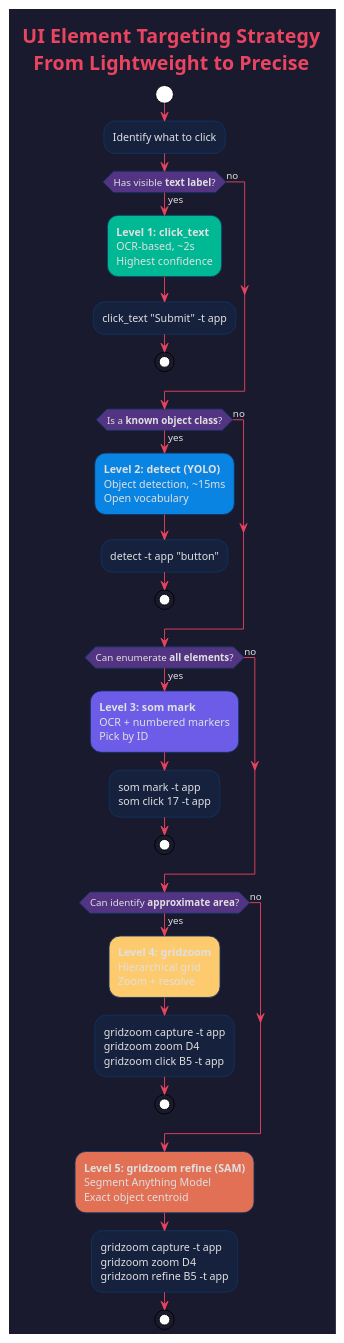
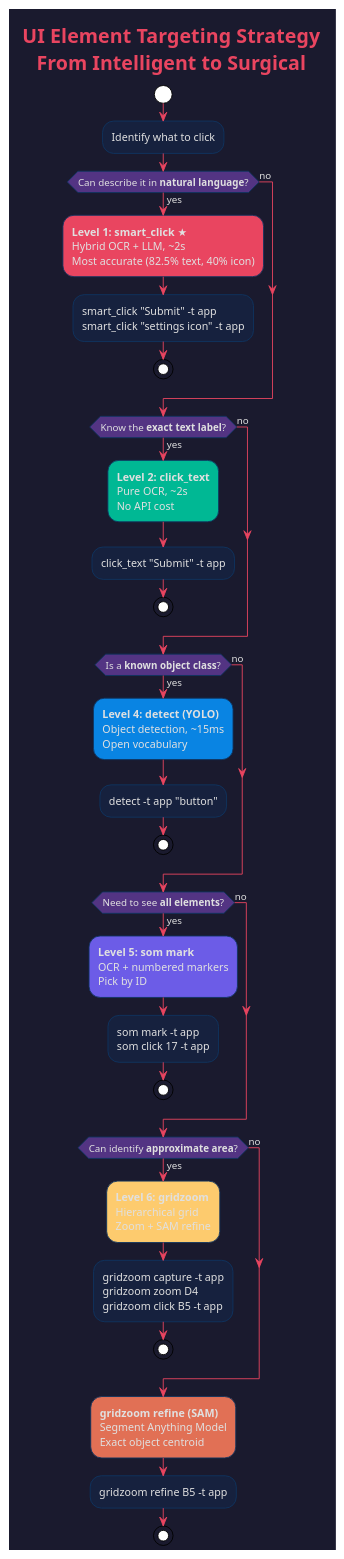
The diagram in docs/diagrams/strategy.puml (gradusnikov/wsl-ui-automation), drawn with PlantUML before and after one commit. The commit also changed 3 other files, not shown here.

First line of the commit message:
Update architecture and strategy diagrams for smart_click

```diff
--- a/docs/diagrams/strategy.puml
+++ b/docs/diagrams/strategy.puml
@@ -1,65 +1,73 @@
 @startuml strategy
 !theme plain
 skinparam backgroundColor #1a1a2e
 skinparam defaultFontColor #e0e0e0
 skinparam activityBackgroundColor #16213e
 skinparam activityBorderColor #0f3460
 skinparam activityDiamondBackgroundColor #533483
 skinparam activityDiamondBorderColor #0f3460
 skinparam arrowColor #e94560
 skinparam titleFontColor #e94560
 
-title UI Element Targeting Strategy\nFrom Lightweight to Precise
+title UI Element Targeting Strategy\nFrom Intelligent to Surgical
 
 start
 
 :Identify what to click;
 
-if (Has visible **text label**?) then (yes)
-  #00b894:**Level 1: click_text**
-  OCR-based, ~2s
-  Highest confidence;
+if (Can describe it in **natural language**?) then (yes)
+  #e94560:**Level 1: smart_click** ★
+  Hybrid OCR + LLM, ~2s
+  Most accurate (82.5% text, 40% icon);
+  :smart_click "Submit" -t app
+  smart_click "settings icon" -t app;
+  stop
+else (no)
+endif
+
+if (Know the **exact text label**?) then (yes)
+  #00b894:**Level 2: click_text**
+  Pure OCR, ~2s
+  No API cost;
   :click_text "Submit" -t app;
   stop
 else (no)
 endif
 
 if (Is a **known object class**?) then (yes)
-  #0984e3:**Level 2: detect (YOLO)**
+  #0984e3:**Level 4: detect (YOLO)**
   Object detection, ~15ms
   Open vocabulary;
   :detect -t app "button";
   stop
 else (no)
 endif
 
-if (Can enumerate **all elements**?) then (yes)
-  #6c5ce7:**Level 3: som mark**
+if (Need to see **all elements**?) then (yes)
+  #6c5ce7:**Level 5: som mark**
   OCR + numbered markers
   Pick by ID;
   :som mark -t app
   som click 17 -t app;
   stop
 else (no)
 endif
 
 if (Can identify **approximate area**?) then (yes)
-  #fdcb6e:**Level 4: gridzoom**
+  #fdcb6e:**Level 6: gridzoom**
   Hierarchical grid
-  Zoom + resolve;
+  Zoom + SAM refine;
   :gridzoom capture -t app
   gridzoom zoom D4
   gridzoom click B5 -t app;
   stop
 else (no)
 endif
 
-#e17055:**Level 5: gridzoom refine (SAM)**
+#e17055:**gridzoom refine (SAM)**
 Segment Anything Model
 Exact object centroid;
-:gridzoom capture -t app
-gridzoom zoom D4
-gridzoom refine B5 -t app;
+:gridzoom refine B5 -t app;
 stop
 
 @enduml
```
